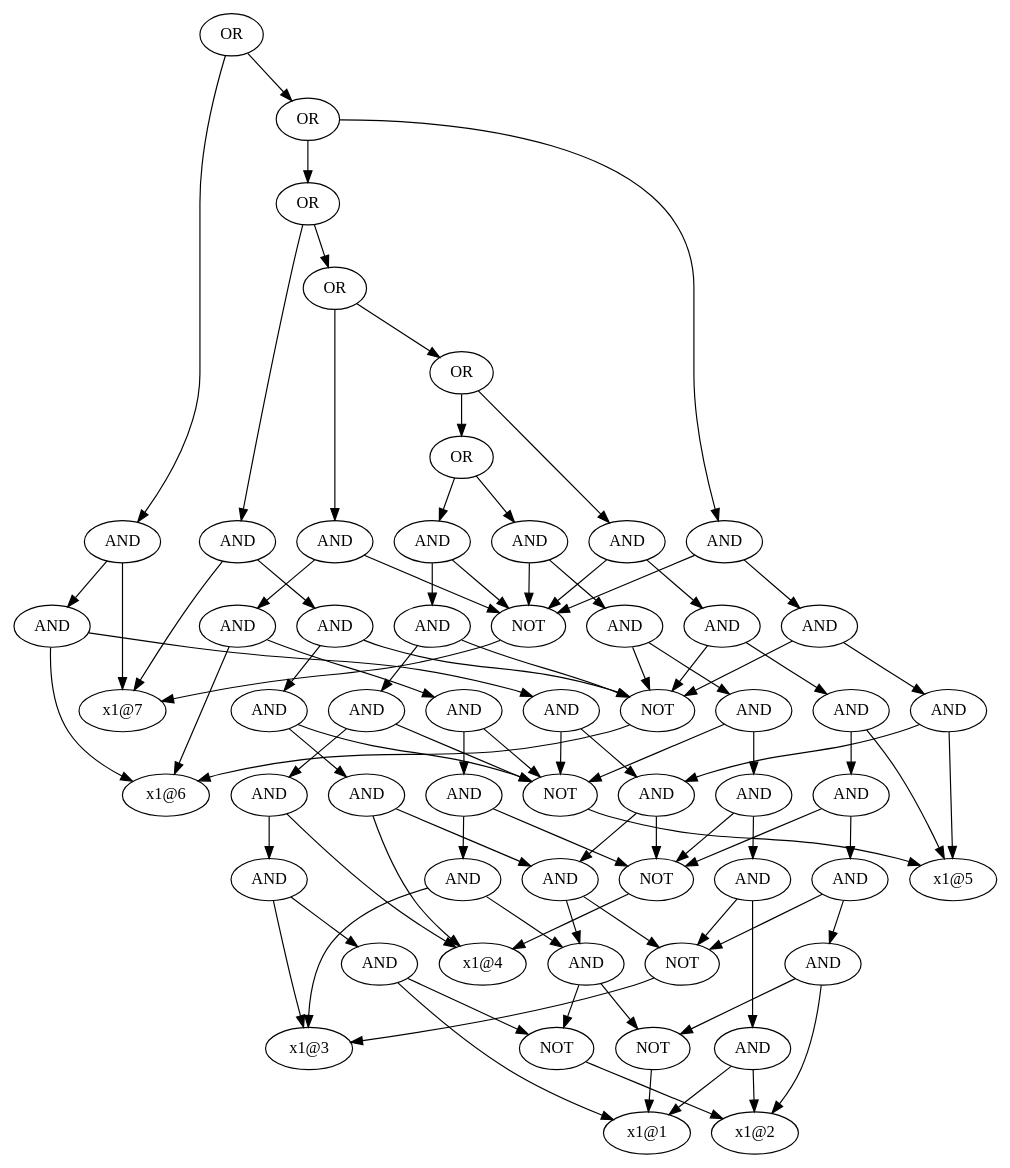
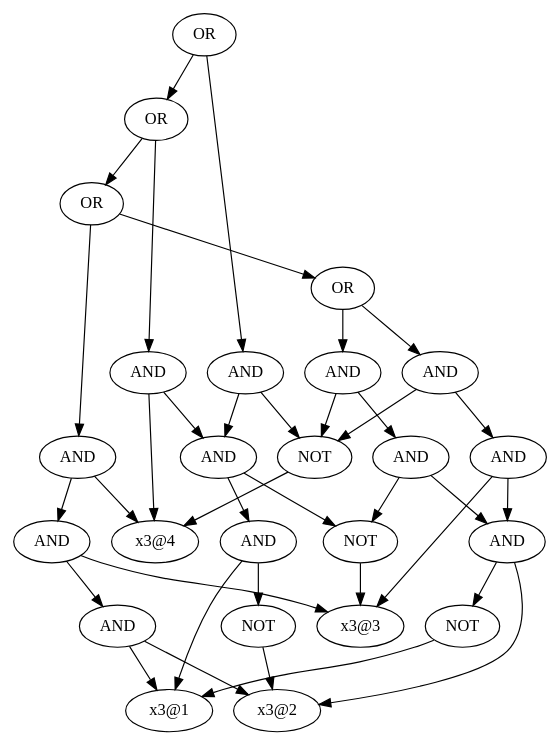
The diagram in data/t1.dot (toda-lab/pygplib), drawn with Graphviz before and after one commit. The commit also changed 9 other files, not shown here.

```diff
--- a/data/t1.dot
+++ b/data/t1.dot
@@ -1,149 +1,62 @@
 digraph output {
-	139868202907296 [label = OR]
-	139868202907200 [label = OR]
-	139868202907104 [label = OR]
-	139868202907008 [label = OR]
-	139868202906912 [label = OR]
-	139868202895200 [label = OR]
-	139868202893904 [label = AND]
-	139868202894000 [label = AND]
-	139868202894192 [label = AND]
-	139868202894288 [label = AND]
-	139868202894384 [label = AND]
-	139868202894480 [label = AND]
-	139868204324848 [label = "x1@1"]
-	139868203604960 [label = "x1@2"]
-	139868202894480 -> 139868204324848
-	139868202894480 -> 139868203604960
-	139868202895008 [label = NOT]
-	139868203603712 [label = "x1@3"]
-	139868202895008 -> 139868203603712
-	139868202894384 -> 139868202894480
-	139868202894384 -> 139868202895008
-	139868202895104 [label = NOT]
-	139868203605632 [label = "x1@4"]
-	139868202895104 -> 139868203605632
-	139868202894288 -> 139868202894384
-	139868202894288 -> 139868202895104
-	139868202894864 [label = NOT]
-	139868203602944 [label = "x1@5"]
-	139868202894864 -> 139868203602944
-	139868202894192 -> 139868202894288
-	139868202894192 -> 139868202894864
-	139868202894768 [label = NOT]
-	139868203603808 [label = "x1@6"]
-	139868202894768 -> 139868203603808
-	139868202894000 -> 139868202894192
-	139868202894000 -> 139868202894768
-	139868202894672 [label = NOT]
-	139868203603952 [label = "x1@7"]
-	139868202894672 -> 139868203603952
-	139868202893904 -> 139868202894000
-	139868202893904 -> 139868202894672
-	139868202896112 [label = AND]
-	139868202896016 [label = AND]
-	139868202895920 [label = AND]
-	139868202895824 [label = AND]
-	139868202895728 [label = AND]
-	139868202895680 [label = AND]
-	139868202895584 [label = NOT]
-	139868202895584 -> 139868203604960
-	139868202895680 -> 139868204324848
-	139868202895680 -> 139868202895584
-	139868202895728 -> 139868202895680
-	139868202895728 -> 139868203603712
-	139868202895824 -> 139868202895728
-	139868202895824 -> 139868203605632
-	139868202895920 -> 139868202895824
-	139868202895920 -> 139868202894864
-	139868202896016 -> 139868202895920
-	139868202896016 -> 139868202894768
-	139868202896112 -> 139868202896016
-	139868202896112 -> 139868202894672
-	139868202895200 -> 139868202893904
-	139868202895200 -> 139868202896112
-	139868202896784 [label = AND]
-	139868202896688 [label = AND]
-	139868202896592 [label = AND]
-	139868202896496 [label = AND]
-	139868202896400 [label = AND]
-	139868202896208 [label = AND]
-	139868202896256 [label = NOT]
-	139868202896256 -> 139868204324848
-	139868202896208 -> 139868202896256
-	139868202896208 -> 139868203604960
-	139868202896400 -> 139868202896208
-	139868202896400 -> 139868202895008
-	139868202896496 -> 139868202896400
-	139868202896496 -> 139868202895104
-	139868202896592 -> 139868202896496
-	139868202896592 -> 139868203602944
-	139868202896688 -> 139868202896592
-	139868202896688 -> 139868202894768
-	139868202896784 -> 139868202896688
-	139868202896784 -> 139868202894672
-	139868202906912 -> 139868202895200
-	139868202906912 -> 139868202896784
-	139868202897360 [label = AND]
-	139868202897264 [label = AND]
-	139868202897168 [label = AND]
-	139868202897072 [label = AND]
-	139868202896880 [label = AND]
-	139868202896832 [label = AND]
-	139868202896832 -> 139868202896256
-	139868202896832 -> 139868202895584
-	139868202896880 -> 139868202896832
-	139868202896880 -> 139868203603712
-	139868202897072 -> 139868202896880
-	139868202897072 -> 139868202895104
-	139868202897168 -> 139868202897072
-	139868202897168 -> 139868202894864
-	139868202897264 -> 139868202897168
-	139868202897264 -> 139868203603808
-	139868202897360 -> 139868202897264
-	139868202897360 -> 139868202894672
-	139868202907008 -> 139868202906912
-	139868202907008 -> 139868202897360
-	139868202906096 [label = AND]
-	139868202906000 [label = AND]
-	139868202905904 [label = AND]
-	139868202905712 [label = AND]
-	139868202905664 [label = AND]
-	139868202905664 -> 139868202896832
-	139868202905664 -> 139868202895008
-	139868202905712 -> 139868202905664
-	139868202905712 -> 139868203605632
-	139868202905904 -> 139868202905712
-	139868202905904 -> 139868202894864
-	139868202906000 -> 139868202905904
-	139868202906000 -> 139868202894768
-	139868202906096 -> 139868202906000
-	139868202906096 -> 139868203603952
-	139868202907104 -> 139868202907008
-	139868202907104 -> 139868202906096
-	139868202906480 [label = AND]
-	139868202906384 [label = AND]
-	139868202906192 [label = AND]
-	139868202906240 [label = AND]
-	139868202906240 -> 139868202905664
-	139868202906240 -> 139868202895104
-	139868202906192 -> 139868202906240
-	139868202906192 -> 139868203602944
-	139868202906384 -> 139868202906192
-	139868202906384 -> 139868202894768
-	139868202906480 -> 139868202906384
-	139868202906480 -> 139868202894672
-	139868202907200 -> 139868202907104
-	139868202907200 -> 139868202906480
-	139868202906768 [label = AND]
-	139868202906576 [label = AND]
-	139868202906528 [label = AND]
-	139868202906528 -> 139868202906240
-	139868202906528 -> 139868202894864
-	139868202906576 -> 139868202906528
-	139868202906576 -> 139868203603808
-	139868202906768 -> 139868202906576
-	139868202906768 -> 139868203603952
-	139868202907296 -> 139868202907200
-	139868202907296 -> 139868202906768
+	140554785406592 [label = OR]
+	140554785406496 [label = OR]
+	140554785406352 [label = OR]
+	140554785406256 [label = OR]
+	140554785405440 [label = AND]
+	140554785405536 [label = AND]
+	140554785405632 [label = AND]
+	140554792071952 [label = NOT]
+	140554786147248 [label = "x3@1"]
+	140554792071952 -> 140554786147248
+	140554786146240 [label = "x3@2"]
+	140554785405632 -> 140554792071952
+	140554785405632 -> 140554786146240
+	140554786146864 [label = "x3@3"]
+	140554785405536 -> 140554785405632
+	140554785405536 -> 140554786146864
+	140554791937456 [label = NOT]
+	140554786146960 [label = "x3@4"]
+	140554791937456 -> 140554786146960
+	140554785405440 -> 140554785405536
+	140554785405440 -> 140554791937456
+	140554785405200 [label = AND]
+	140554785405248 [label = AND]
+	140554792072048 [label = NOT]
+	140554792072048 -> 140554786146864
+	140554785405248 -> 140554785405632
+	140554785405248 -> 140554792072048
+	140554785405200 -> 140554785405248
+	140554785405200 -> 140554791937456
+	140554785406256 -> 140554785405440
+	140554785406256 -> 140554785405200
+	140554785406736 [label = AND]
+	140554785404912 [label = AND]
+	140554785404288 [label = AND]
+	140554785404288 -> 140554786147248
+	140554785404288 -> 140554786146240
+	140554785404912 -> 140554785404288
+	140554785404912 -> 140554786146864
+	140554785406736 -> 140554785404912
+	140554785406736 -> 140554786146960
+	140554785406352 -> 140554785406256
+	140554785406352 -> 140554785406736
+	140554785406160 [label = AND]
+	140554785406064 [label = AND]
+	140554785406880 [label = AND]
+	140554785405920 [label = NOT]
+	140554785405920 -> 140554786146240
+	140554785406880 -> 140554786147248
+	140554785406880 -> 140554785405920
+	140554785406064 -> 140554785406880
+	140554785406064 -> 140554792072048
+	140554785406160 -> 140554785406064
+	140554785406160 -> 140554786146960
+	140554785406496 -> 140554785406352
+	140554785406496 -> 140554785406160
+	140554785406208 [label = AND]
+	140554785406208 -> 140554785406064
+	140554785406208 -> 140554791937456
+	140554785406592 -> 140554785406496
+	140554785406592 -> 140554785406208
 }
```
